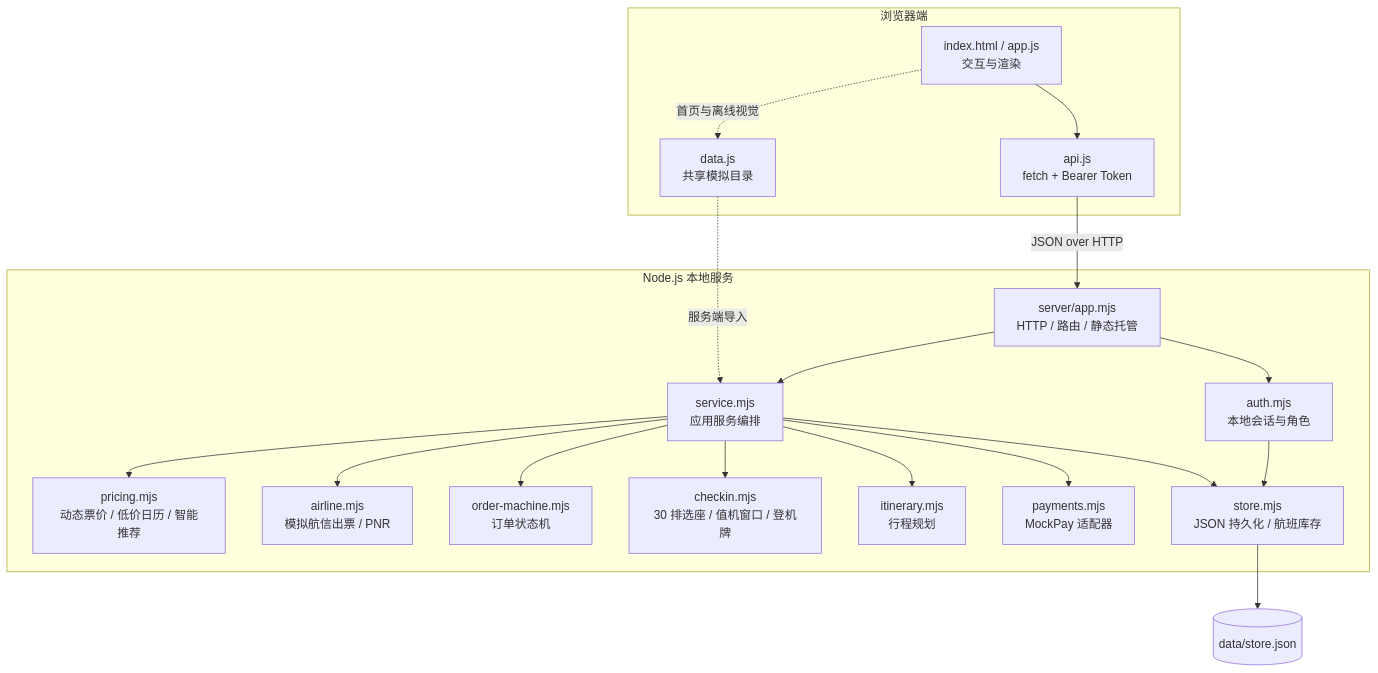
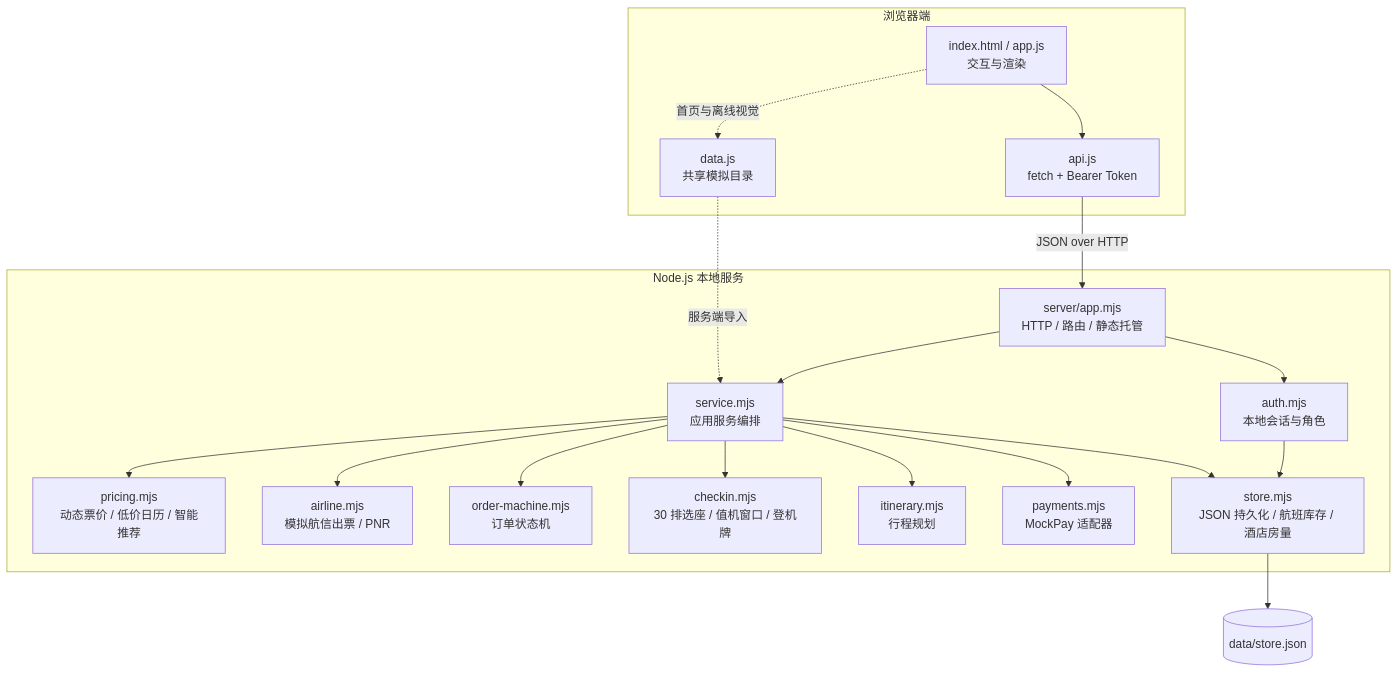
One commit to lonelyhty/hebut-xiecheng-se24 changed the second of 6 diagrams in docs/design.md. Above: the diagram before and after it, drawn with Mermaid. The commit also changed other lines of this file and 8 other files, not shown here.

````diff
--- a/docs/design.md
+++ b/docs/design.md
@@ -61,36 +61,36 @@
 ```mermaid
 flowchart TB
   subgraph Browser[浏览器端]
     UI["index.html / app.js<br/>交互与渲染"]
     API_CLIENT["api.js<br/>fetch + Bearer Token"]
     SHARED["data.js<br/>共享模拟目录"]
   end
   subgraph NodeServer[Node.js 本地服务]
     HTTP["server/app.mjs<br/>HTTP / 路由 / 静态托管"]
     AUTH["auth.mjs<br/>本地会话与角色"]
     SERVICE["service.mjs<br/>应用服务编排"]
     PRICING["pricing.mjs<br/>动态票价 / 低价日历 / 智能推荐"]
     AIRLINE["airline.mjs<br/>模拟航信出票 / PNR"]
     ORDER["order-machine.mjs<br/>订单状态机"]
     CHECKIN["checkin.mjs<br/>30 排选座 / 值机窗口 / 登机牌"]
     ITIN["itinerary.mjs<br/>行程规划"]
     PAYMENT["payments.mjs<br/>MockPay 适配器"]
-    STORE["store.mjs<br/>JSON 持久化 / 航班库存"]
+    STORE["store.mjs<br/>JSON 持久化 / 航班库存 / 酒店房量"]
   end
   DATA[("data/store.json")]
   UI --> API_CLIENT
   API_CLIENT -->|"JSON over HTTP"| HTTP
   HTTP --> AUTH
   HTTP --> SERVICE
   SERVICE --> PRICING
   SERVICE --> AIRLINE
   SERVICE --> ORDER
   SERVICE --> CHECKIN
   SERVICE --> ITIN
   SERVICE --> PAYMENT
   AUTH --> STORE
   SERVICE --> STORE
   STORE --> DATA
   SHARED -. 服务端导入 .-> SERVICE
   UI -. 首页与离线视觉 .-> SHARED
 ```
````
